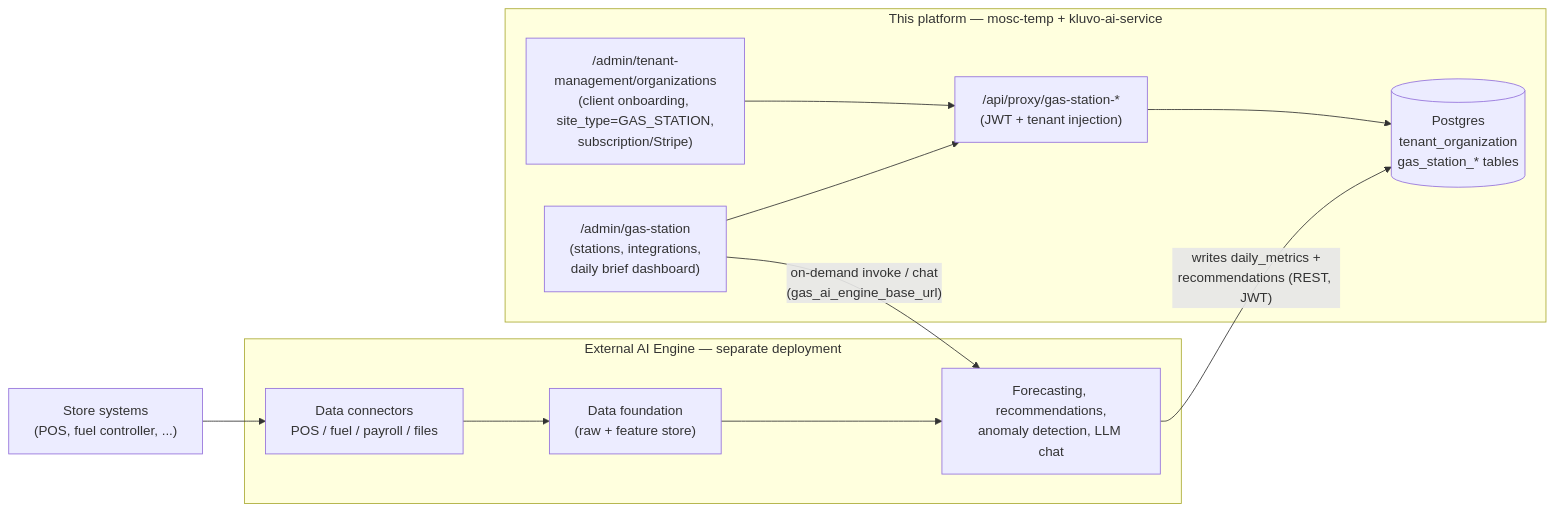
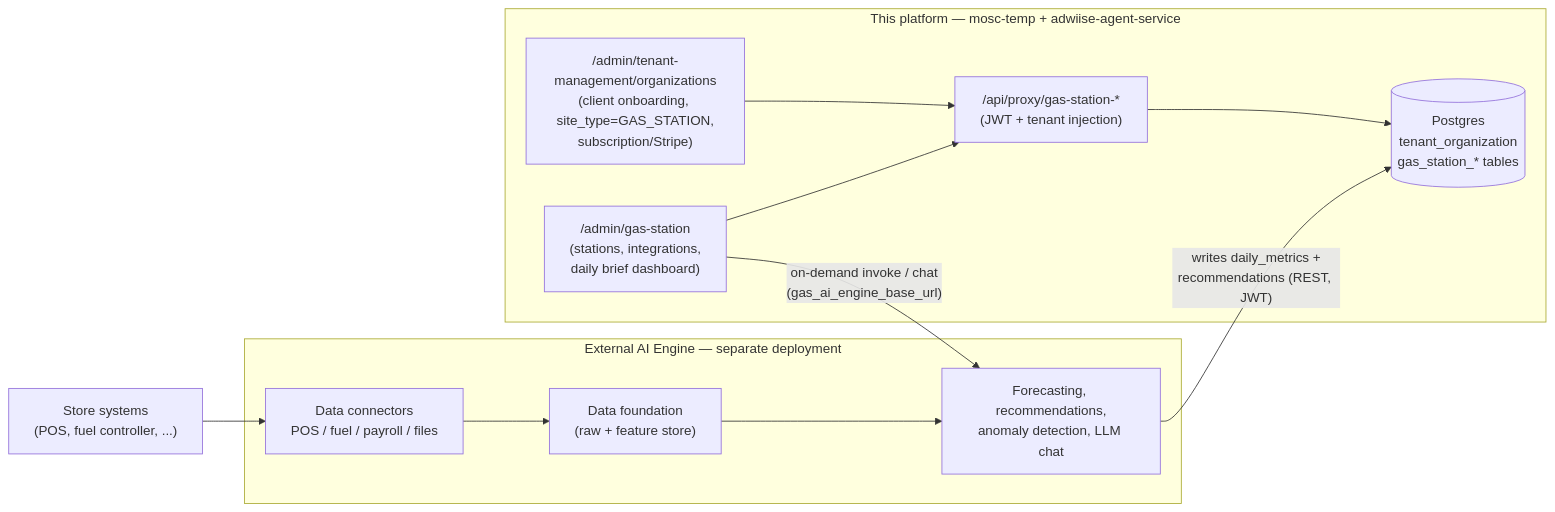
One commit to giventadevelop/mcefee-temp changed the diagram in documentation/tenant_management/gas_station_site/gas_station_site_feasibility.md. Above: the diagram before and after it, drawn with Mermaid. The commit also changed other lines of this file and 101 other files, not shown here.

Commit message:
chore(infra): rename kluvo-ai to adwiise-agent and kluvo_ai_db to adwiise_agent_db

````diff
--- a/documentation/tenant_management/gas_station_site/gas_station_site_feasibility.md
+++ b/documentation/tenant_management/gas_station_site/gas_station_site_feasibility.md
@@ -45,20 +45,20 @@
 ```mermaid
 flowchart LR
-  subgraph platform [This platform — mosc-temp + kluvo-ai-service]
+  subgraph platform [This platform — mosc-temp + adwiise-agent-service]
     Admin["/admin/tenant-management/organizations\n(client onboarding, site_type=GAS_STATION,\nsubscription/Stripe)"]
     Dash["/admin/gas-station\n(stations, integrations,\ndaily brief dashboard)"]
     Proxy["/api/proxy/gas-station-*\n(JWT + tenant injection)"]
     DB[("Postgres\ntenant_organization\ngas_station_* tables")]
     Admin --> Proxy --> DB
     Dash --> Proxy
   end
   subgraph engine [External AI Engine — separate deployment]
     Connectors["Data connectors\nPOS / fuel / payroll / files"]
     Foundation["Data foundation\n(raw + feature store)"]
     Models["Forecasting, recommendations,\nanomaly detection, LLM chat"]
     Connectors --> Foundation --> Models
   end
   Stores["Store systems\n(POS, fuel controller, ...)"] --> Connectors
   Models -- "writes daily_metrics +\nrecommendations (REST, JWT)" --> DB
   Dash -- "on-demand invoke / chat\n(gas_ai_engine_base_url)" --> Models
 ```
````
